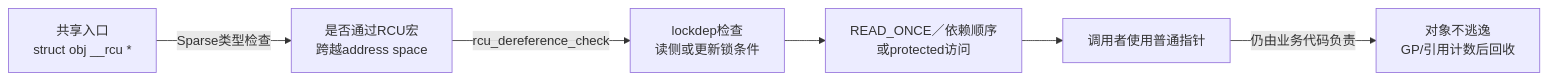
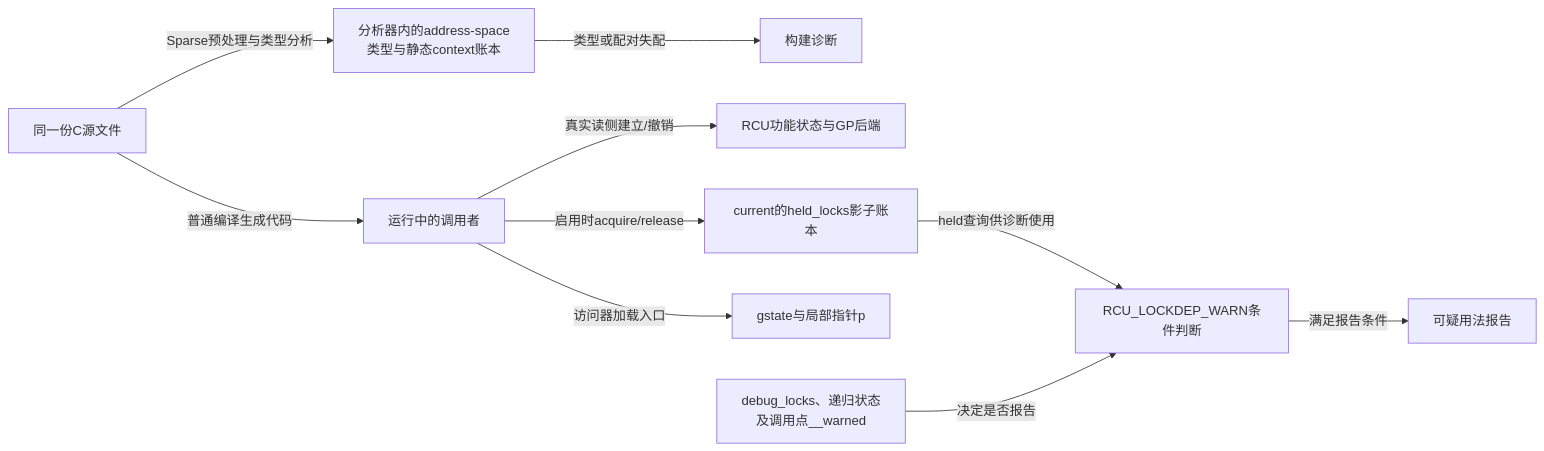
The first of 2 diagrams in knowledge/linux/synchronization_and_asynchrony/synchronization/rcu/P23_RCU_类型语义_Sparse与Lockdep.md (FormingSystem/linux_note), drawn with Mermaid before and after one commit. The commit also changed other lines of this file and 1 other file, not shown here.

First line of the commit message:
content(knowledge/rcu): 对齐静态类型与运行时诊断的真实边界

````diff
--- a/knowledge/linux/synchronization_and_asynchrony/synchronization/rcu/P23_RCU_类型语义_Sparse与Lockdep.md
+++ b/knowledge/linux/synchronization_and_asynchrony/synchronization/rcu/P23_RCU_类型语义_Sparse与Lockdep.md
@@ -82,8 +86,12 @@
 ```mermaid
 flowchart LR
-    S["共享入口<br/>struct obj __rcu *"] -->|"Sparse类型检查"| T["是否通过RCU宏<br/>跨越address space"]
-    T -->|"rcu_dereference_check"| L["lockdep检查<br/>读侧或更新锁条件"]
-    L --> M["READ_ONCE／依赖顺序<br/>或protected访问"]
-    M --> U["调用者使用普通指针"]
-    U -->|"仍由业务代码负责"| O["对象不逃逸<br/>GP/引用计数后回收"]
+    S["同一份C源文件"] -->|"Sparse预处理与类型分析"| T["分析器内的address-space<br/>类型与静态context账本"]
+    T -->|"类型或配对失配"| D["构建诊断"]
+    S -->|"普通编译生成代码"| R["运行中的调用者"]
+    R -->|"真实读侧建立/撤销"| F["RCU功能状态与GP后端"]
+    R -->|"启用时acquire/release"| L["current的held_locks影子账本"]
+    R -->|"访问器加载入口"| P["gstate与局部指针p"]
+    L -->|"held查询供诊断使用"| W["RCU_LOCKDEP_WARN条件判断"]
+    E["debug_locks、递归状态<br/>及调用点__warned"] -->|"决定是否报告"| W
+    W -->|"满足报告条件"| O["可疑用法报告"]
 ```
````
